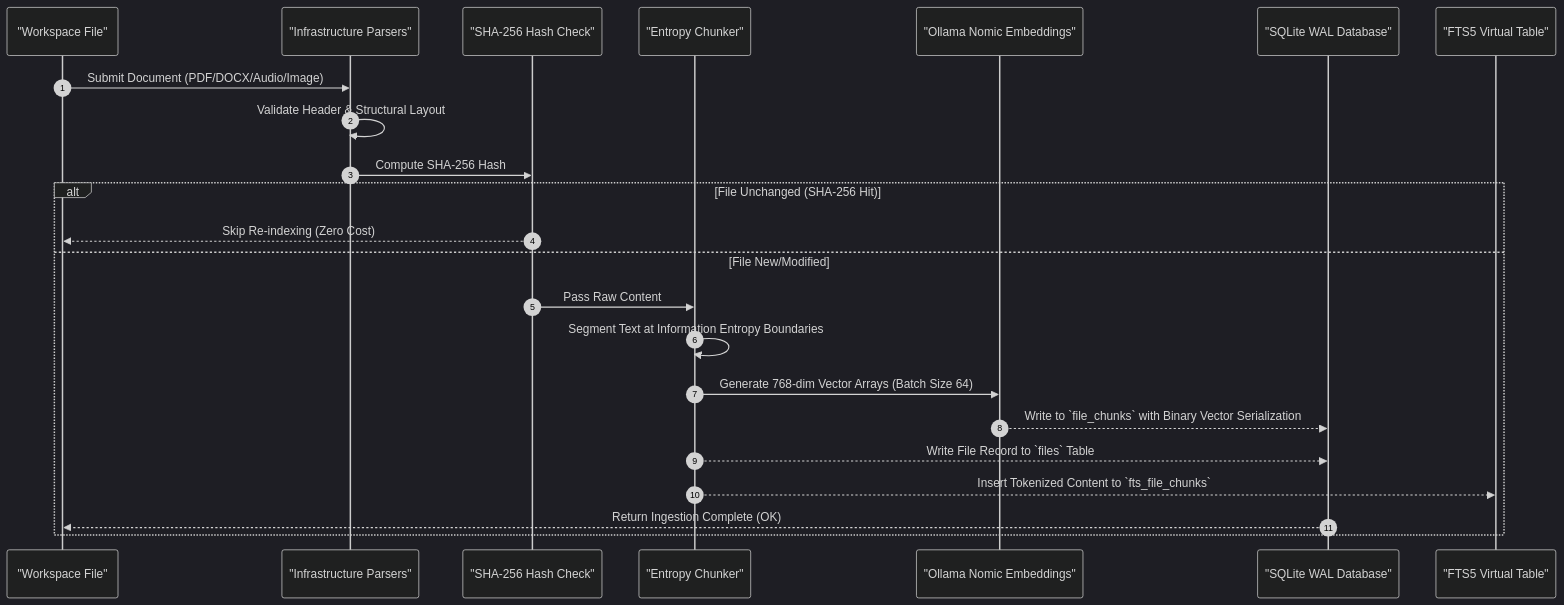
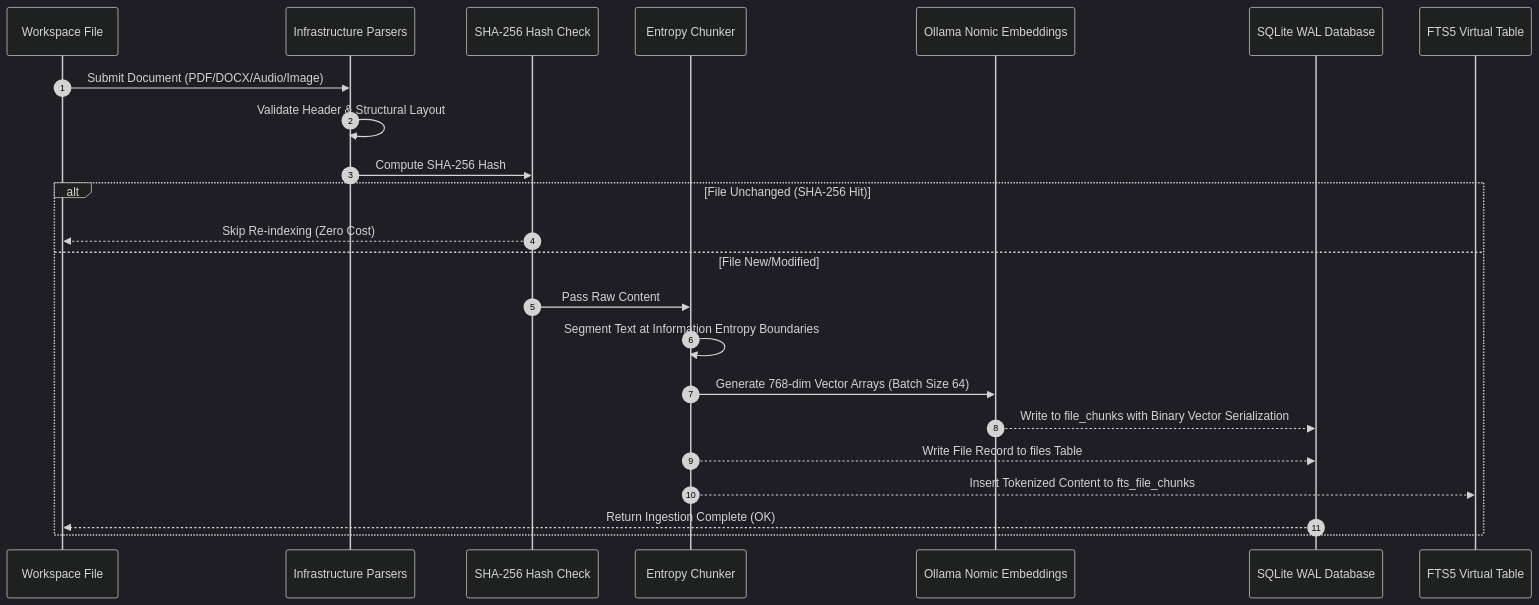
Before and after one commit to SavianAlexander/uroboros-knowledge-engine: the third of 7 diagrams in README.md, drawn with Mermaid (dark theme). The commit also changed other lines of this file and 1 other file, not shown here.

Commit message:
docs(diagrams): fix Mermaid syntax errors and invalid tokens across README (#2023)

````diff
--- a/README.md
+++ b/README.md
@@ -273,26 +273,26 @@
 ```mermaid
 sequenceDiagram
     autonumber
-    participant File as "Workspace File"
-    participant Parser as "Infrastructure Parsers"
-    participant Dedupe as "SHA-256 Hash Check"
-    participant Chunker as "Entropy Chunker"
-    participant Embed as "Ollama Nomic Embeddings"
-    participant DB as "SQLite WAL Database"
-    participant FTS as "FTS5 Virtual Table"
+    participant File as Workspace File
+    participant Parser as Infrastructure Parsers
+    participant Dedupe as SHA-256 Hash Check
+    participant Chunker as Entropy Chunker
+    participant Embed as Ollama Nomic Embeddings
+    participant DB as SQLite WAL Database
+    participant FTS as FTS5 Virtual Table
 
     File->>Parser: Submit Document (PDF/DOCX/Audio/Image)
     Parser->>Parser: Validate Header & Structural Layout
     Parser->>Dedupe: Compute SHA-256 Hash
     alt File Unchanged (SHA-256 Hit)
         Dedupe-->>File: Skip Re-indexing (Zero Cost)
     else File New/Modified
         Dedupe->>Chunker: Pass Raw Content
         Chunker->>Chunker: Segment Text at Information Entropy Boundaries
         Chunker->>Embed: Generate 768-dim Vector Arrays (Batch Size 64)
-        Embed-->>DB: Write to `file_chunks` with Binary Vector Serialization
-        Chunker-->>DB: Write File Record to `files` Table
-        Chunker-->>FTS: Insert Tokenized Content to `fts_file_chunks`
+        Embed-->>DB: Write to file_chunks with Binary Vector Serialization
+        Chunker-->>DB: Write File Record to files Table
+        Chunker-->>FTS: Insert Tokenized Content to fts_file_chunks
         DB-->>File: Return Ingestion Complete (OK)
     end
 ```
````
